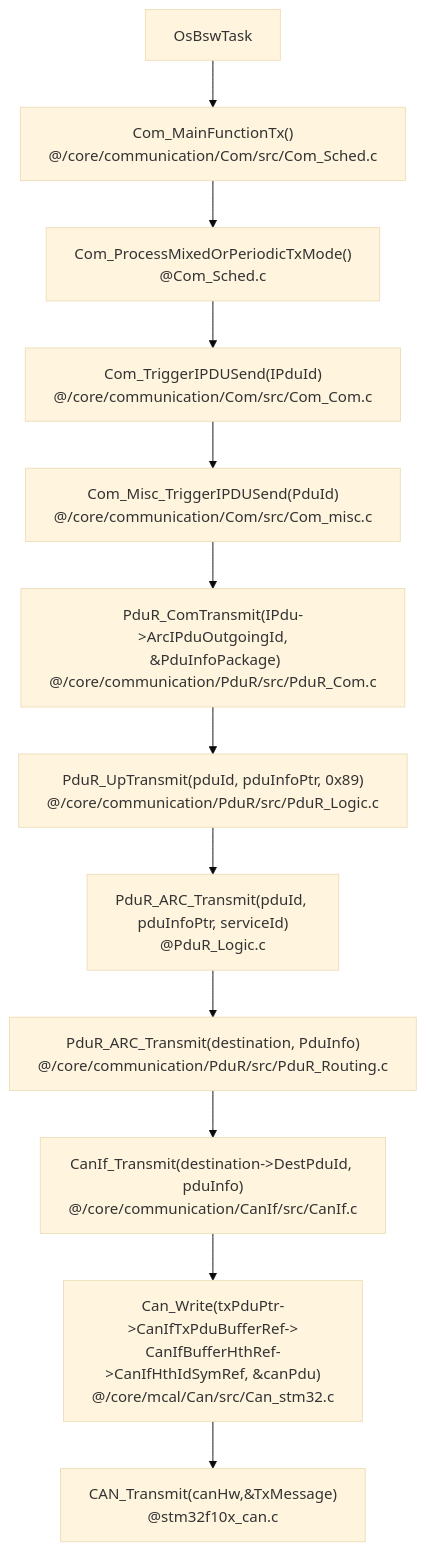
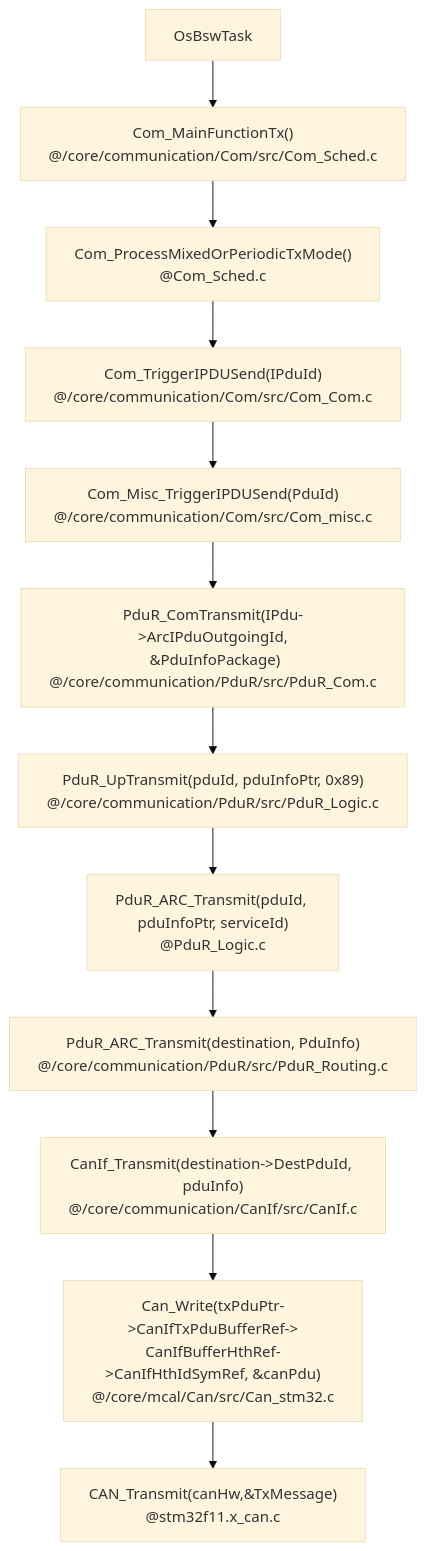
The sixth of 14 diagrams in _wiki/AUTOSAR.md (Neyzoter/Neyzoter.github.io), drawn with Mermaid (base theme) before and after one commit. The commit also changed other lines of this file and 3 other files, not shown here.

````diff
--- a/_wiki/AUTOSAR.md
+++ b/_wiki/AUTOSAR.md
@@ -840,14 +880,14 @@
 ```mermaid
 graph TB;
 OsBswTask --> Com_MainFunctionTx["Com_MainFunctionTx()<br>@/core/communication/Com/src/Com_Sched.c"]
 Com_MainFunctionTx --> Com_ProcessMixedOrPeriodicTxMode["Com_ProcessMixedOrPeriodicTxMode()<br>@Com_Sched.c"]
 Com_ProcessMixedOrPeriodicTxMode --> Com_TriggerIPDUSend["Com_TriggerIPDUSend(IPduId)<br>@/core/communication/Com/src/Com_Com.c"]
 Com_TriggerIPDUSend --> Com_Misc_TriggerIPDUSend["Com_Misc_TriggerIPDUSend(PduId)<br>@/core/communication/Com/src/Com_misc.c"]
 Com_Misc_TriggerIPDUSend --> PduR_ComTransmit["PduR_ComTransmit(IPdu->ArcIPduOutgoingId,<br> &PduInfoPackage)<br>@/core/communication/PduR/src/PduR_Com.c"]
 PduR_ComTransmit --> PduR_UpTransmit["PduR_UpTransmit(pduId, pduInfoPtr, 0x89)<br>@/core/communication/PduR/src/PduR_Logic.c"]
 PduR_UpTransmit -->PduR_ARC_Transmit["PduR_ARC_Transmit(pduId, pduInfoPtr, serviceId)<br>@PduR_Logic.c"]
 PduR_ARC_Transmit --> PduR_ARC_RouteTransmit["PduR_ARC_Transmit(destination, PduInfo)<br>@/core/communication/PduR/src/PduR_Routing.c"]
 PduR_ARC_RouteTransmit --> CanIf_Transmit["CanIf_Transmit(destination->DestPduId, pduInfo)<br>@/core/communication/CanIf/src/CanIf.c"]
 CanIf_Transmit --> Can_Write["Can_Write(txPduPtr->CanIfTxPduBufferRef-><br>CanIfBufferHthRef->CanIfHthIdSymRef, &canPdu)<br>@/core/mcal/Can/src/Can_stm32.c"]
-Can_Write --> CAN_Transmit["CAN_Transmit(canHw,&TxMessage)<br>@stm32f10x_can.c"]
+Can_Write --> CAN_Transmit["CAN_Transmit(canHw,&TxMessage)<br>@stm32f11.x_can.c"]
 ```
````
